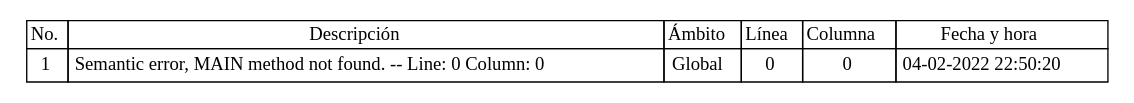
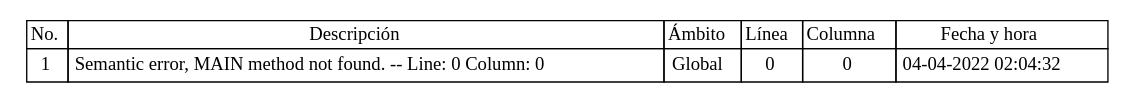
The diagram in Back/Web/tablas/tablaErrores.dot (Jodyannre/COMPI2_proyecto2_2022), drawn with Graphviz before and after one commit. The commit also changed 9 other files, not shown here.

```diff
--- a/Back/Web/tablas/tablaErrores.dot
+++ b/Back/Web/tablas/tablaErrores.dot
@@ -1,36 +1,36 @@
 
 	digraph {
 		tablaSimbolos [
 		  shape=plaintext
 		  label=<
 			<table border='0' cellborder='1' color='black' cellspacing='0'>
 			  <tr>
 				  <td>No.</td>
 				  <td>Descripción</td>
 				  <td>Ámbito</td>
 				  <td>Línea</td>
 				  <td>Columna</td>
 				  <td>Fecha y hora</td>
 			  </tr>
 	
 <tr>
 <td cellpadding='4'>
 1
 </td>
 <td cellpadding='4'>Semantic error, MAIN method not found. -- Line: 0 Column: 0
 </td>
 <td cellpadding='4'>Global
 </td>
 <td cellpadding='4'>0
 </td>
 <td cellpadding='4'>
 0
 </td>
 <td cellpadding='4'>
-04-02-2022 22:50:20
+04-04-2022 02:04:32
 </td>
 </tr>
 
 		</table>
 		>];
 	}
```
